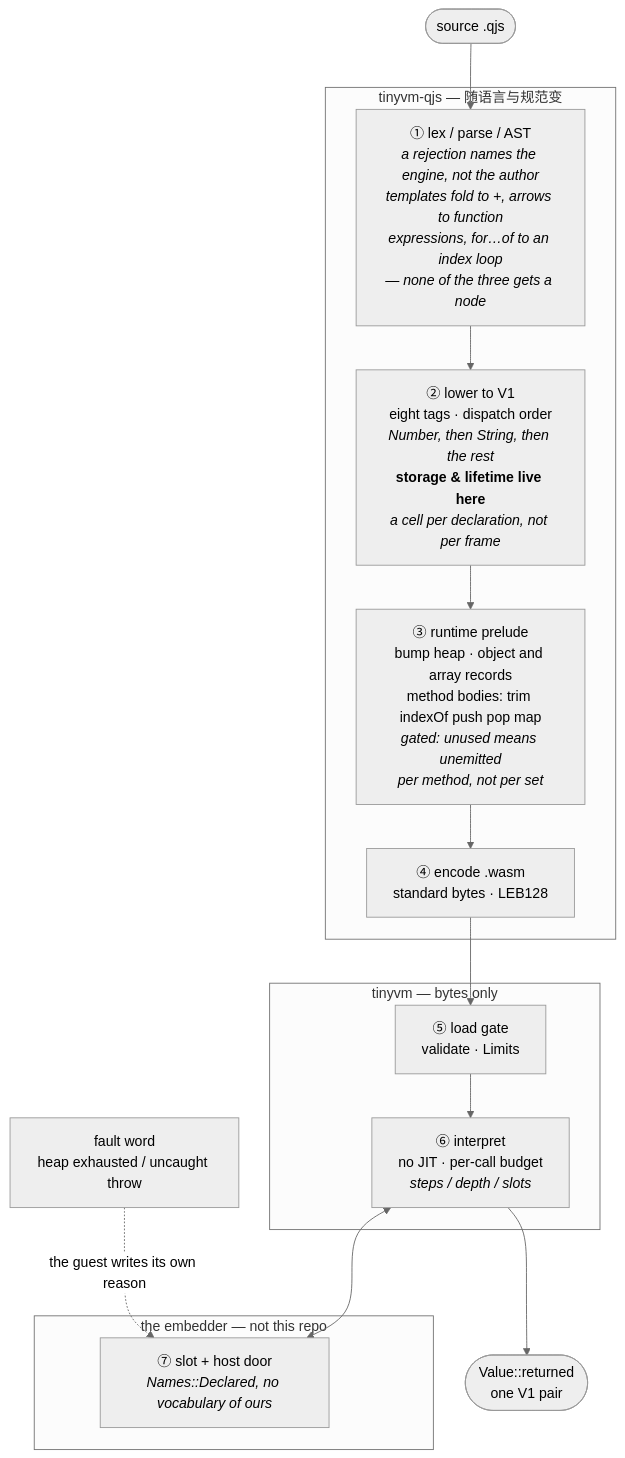
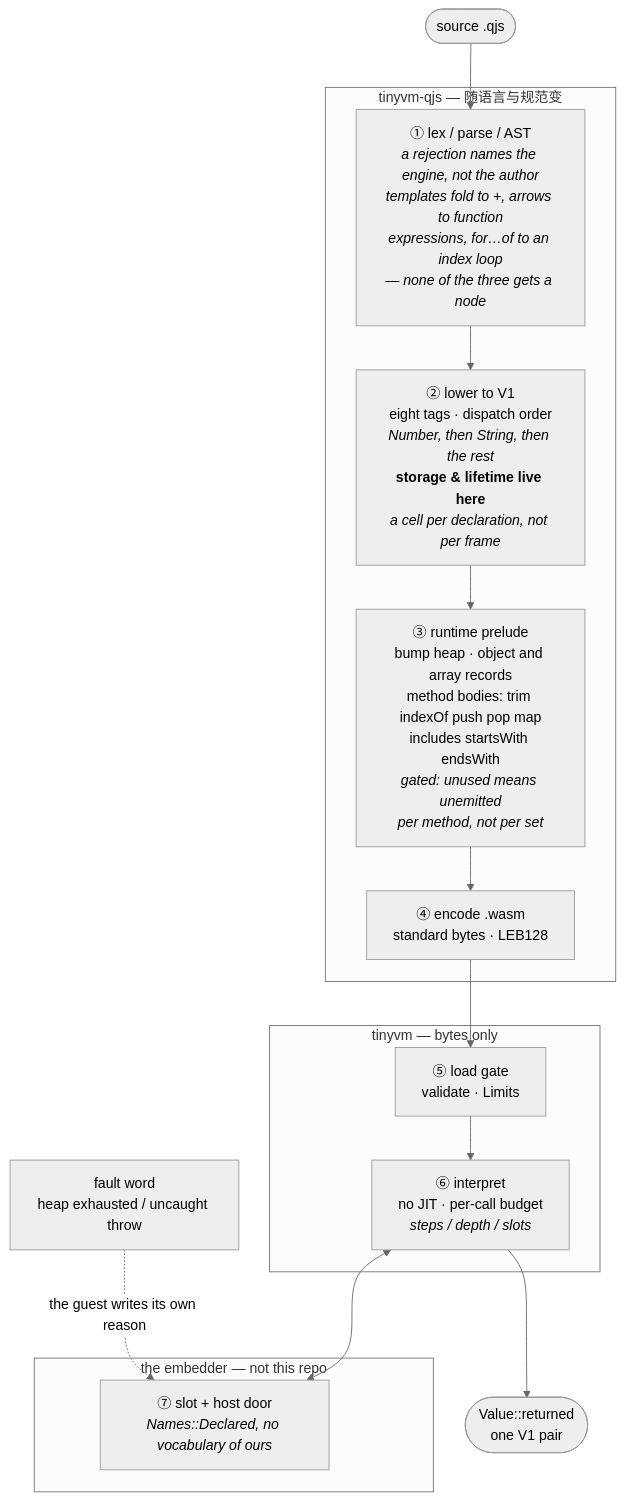
One commit to partnernetsoftware/tinyvm changed the diagram in prd/PRD.md. Above: the diagram before and after it, drawn with Mermaid (neutral theme). The commit also changed other lines of this file and 2 other files, not shown here.

````diff
--- a/prd/PRD.md
+++ b/prd/PRD.md
@@ -54,26 +54,26 @@
 ```mermaid
 flowchart TD
   subgraph LANG["tinyvm-qjs — 随语言与规范变"]
     R1["① lex / parse / AST<br/><i>a rejection names the engine, not the author</i><br/><i>templates fold to +, arrows to function<br/>expressions, for…of to an index loop<br/>— none of the three gets a node</i>"]
     R2["② lower to V1<br/>eight tags · dispatch order<br/><i>Number, then String, then the rest</i><br/><b>storage &amp; lifetime live here</b><br/><i>a cell per declaration, not per frame</i>"]
-    R3["③ runtime prelude<br/>bump heap · object and array records<br/>method bodies: trim indexOf push pop map<br/><i>gated: unused means unemitted</i><br/><i>per method, not per set</i>"]
+    R3["③ runtime prelude<br/>bump heap · object and array records<br/>method bodies: trim indexOf push pop map<br/>includes startsWith endsWith<br/><i>gated: unused means unemitted</i><br/><i>per method, not per set</i>"]
     R4["④ encode .wasm<br/>standard bytes · LEB128"]
     R1 --> R2 --> R3 --> R4
   end
 
   subgraph CORE["tinyvm — bytes only"]
     R5["⑤ load gate<br/>validate · Limits"]
     R6["⑥ interpret<br/>no JIT · per-call budget<br/><i>steps / depth / slots</i>"]
     R5 --> R6
   end
 
   subgraph HOST["the embedder — not this repo"]
     R7["⑦ slot + host door<br/><i>Names::Declared, no vocabulary of ours</i>"]
   end
 
   SRC(["source .qjs"]) --> R1
   R4 --> R5
   R6 <--> R7
   R6 --> OUT(["Value::returned<br/>one V1 pair"])
   FW["fault word<br/>heap exhausted / uncaught throw"] -.->|"the guest writes its own reason"| R7
 ```
````
